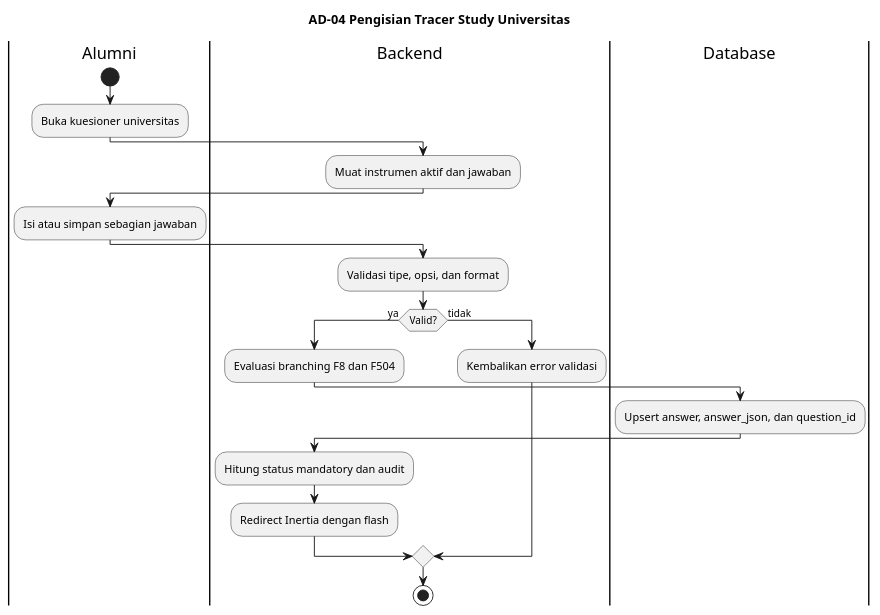
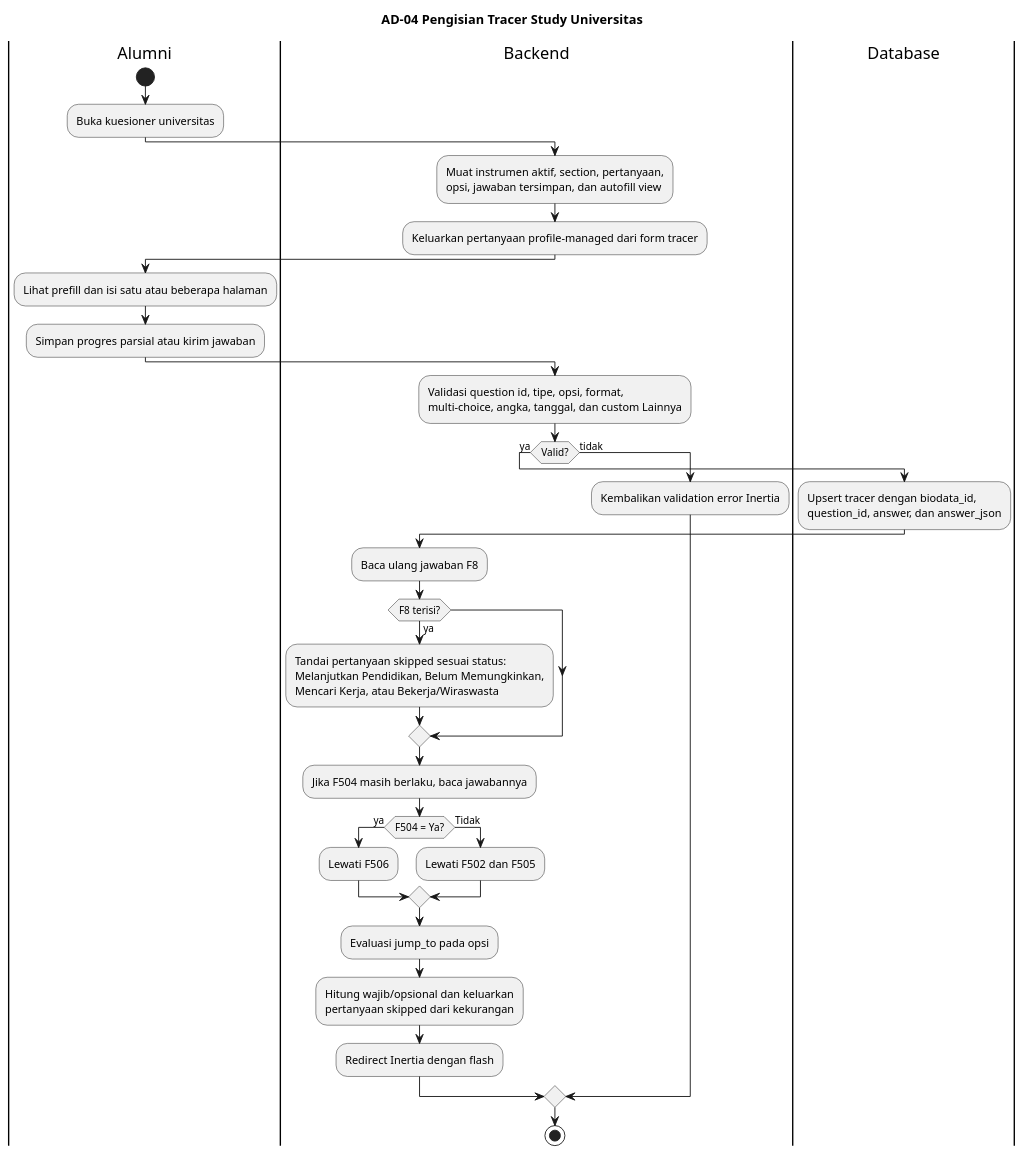
The diagram in docs/uml/activity-diagrams/AD-04-tracer-universitas.puml (claraanjelitakd/tugas-akhir), drawn with PlantUML before and after one commit. The commit also changed 83 other files, not shown here.

Commit message:
Audit and simplify alumni profile data

```diff
--- a/docs/uml/activity-diagrams/AD-04-tracer-universitas.puml
+++ b/docs/uml/activity-diagrams/AD-04-tracer-universitas.puml
@@ -1,23 +1,45 @@
 @startuml
 title AD-04 Pengisian Tracer Study Universitas
+
 |Alumni|
 start
 :Buka kuesioner universitas;
+
 |Backend|
-:Muat instrumen aktif dan jawaban;
+:Muat instrumen aktif, section, pertanyaan,
+opsi, jawaban tersimpan, dan autofill view;
+:Keluarkan pertanyaan profile-managed dari form tracer;
+
 |Alumni|
-:Isi atau simpan sebagian jawaban;
+:Lihat prefill dan isi satu atau beberapa halaman;
+:Simpan progres parsial atau kirim jawaban;
+
 |Backend|
-:Validasi tipe, opsi, dan format;
+:Validasi question id, tipe, opsi, format,
+multi-choice, angka, tanggal, dan custom Lainnya;
 if (Valid?) then (ya)
-  :Evaluasi branching F8 dan F504;
   |Database|
-  :Upsert answer, answer_json, dan question_id;
+  :Upsert tracer dengan biodata_id,
+  question_id, answer, dan answer_json;
   |Backend|
-  :Hitung status mandatory dan audit;
+  :Baca ulang jawaban F8;
+  if (F8 terisi?) then (ya)
+    :Tandai pertanyaan skipped sesuai status:
+    Melanjutkan Pendidikan, Belum Memungkinkan,
+    Mencari Kerja, atau Bekerja/Wiraswasta;
+  endif
+  :Jika F504 masih berlaku, baca jawabannya;
+  if (F504 = Ya?) then (ya)
+    :Lewati F506;
+  else (Tidak)
+    :Lewati F502 dan F505;
+  endif
+  :Evaluasi jump_to pada opsi;
+  :Hitung wajib/opsional dan keluarkan
+  pertanyaan skipped dari kekurangan;
   :Redirect Inertia dengan flash;
 else (tidak)
-  :Kembalikan error validasi;
+  :Kembalikan validation error Inertia;
 endif
 stop
 @enduml
```
